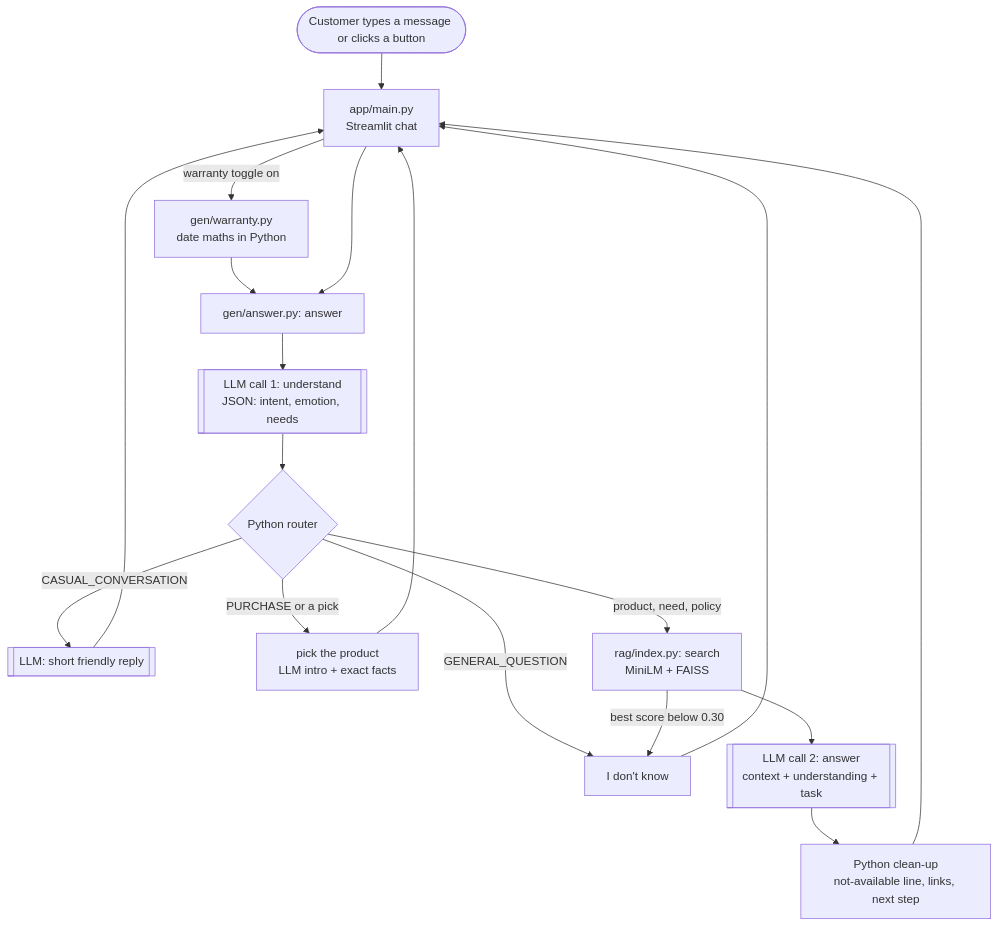
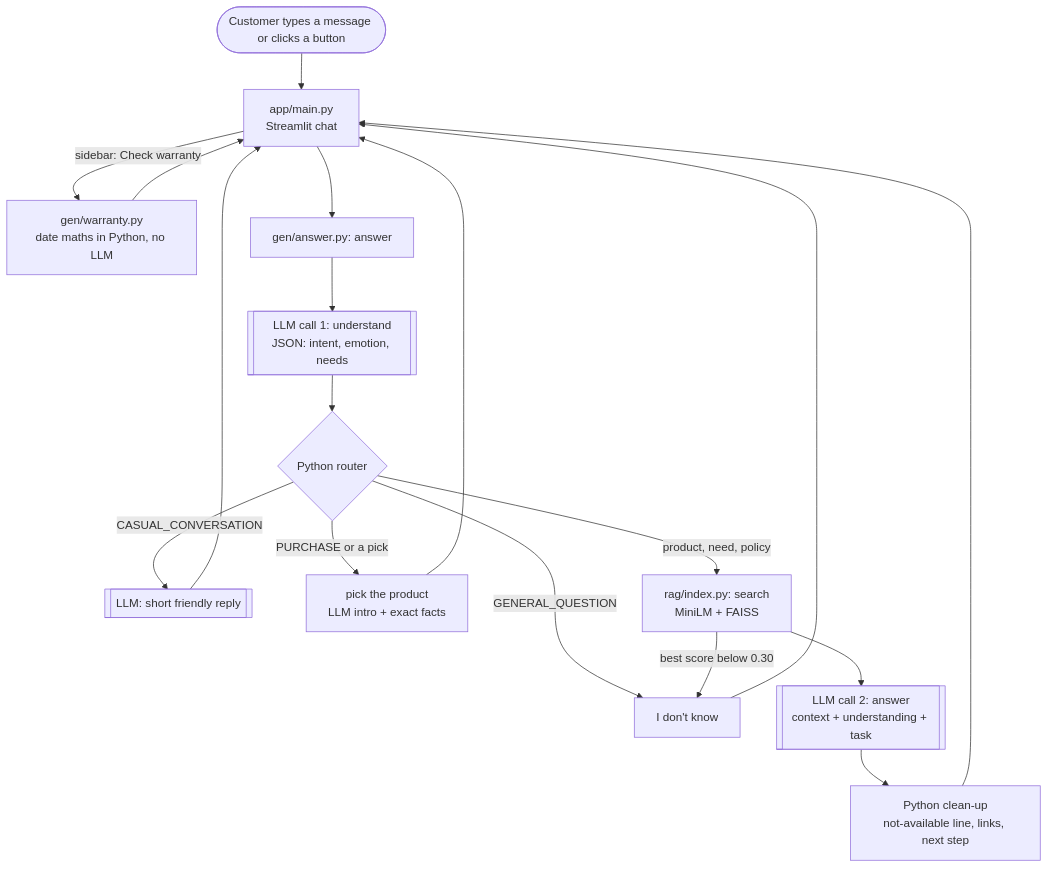
The second of 2 diagrams in docs/ARCHITECTURE.md (TusharParlikar/Store-RAG-Bot), drawn with Mermaid before and after one commit. The commit also changed other lines of this file and 2 other files, not shown here.

Commit message:
docs: warranty checker, cart remove buttons and current test results

````diff
--- a/docs/ARCHITECTURE.md
+++ b/docs/ARCHITECTURE.md
@@ -47,20 +47,20 @@
 ```mermaid
 flowchart TD
     U([Customer types a message or clicks a button]) --> APP["app/main.py<br/>Streamlit chat"]
-    APP -->|"warranty toggle on"| W["gen/warranty.py<br/>date maths in Python"]
-    W --> ANS
+    APP -->|"sidebar: Check warranty"| W["gen/warranty.py<br/>date maths in Python, no LLM"]
+    W --> APP
     APP --> ANS["gen/answer.py: answer"]
     ANS --> L1[["LLM call 1: understand<br/>JSON: intent, emotion, needs"]]
     L1 --> R{"Python router"}
     R -->|"CASUAL_CONVERSATION"| LC[["LLM: short friendly reply"]]
     R -->|"GENERAL_QUESTION"| IDK["I don't know"]
     R -->|"PURCHASE or a pick"| PP["pick the product<br/>LLM intro + exact facts"]
     R -->|"product, need, policy"| S["rag/index.py: search<br/>MiniLM + FAISS"]
     S -->|"best score below 0.30"| IDK
     S --> L2[["LLM call 2: answer<br/>context + understanding + task"]]
     L2 --> POST["Python clean-up<br/>not-available line, links, next step"]
     POST --> APP
     LC --> APP
     IDK --> APP
     PP --> APP
 ```
````
